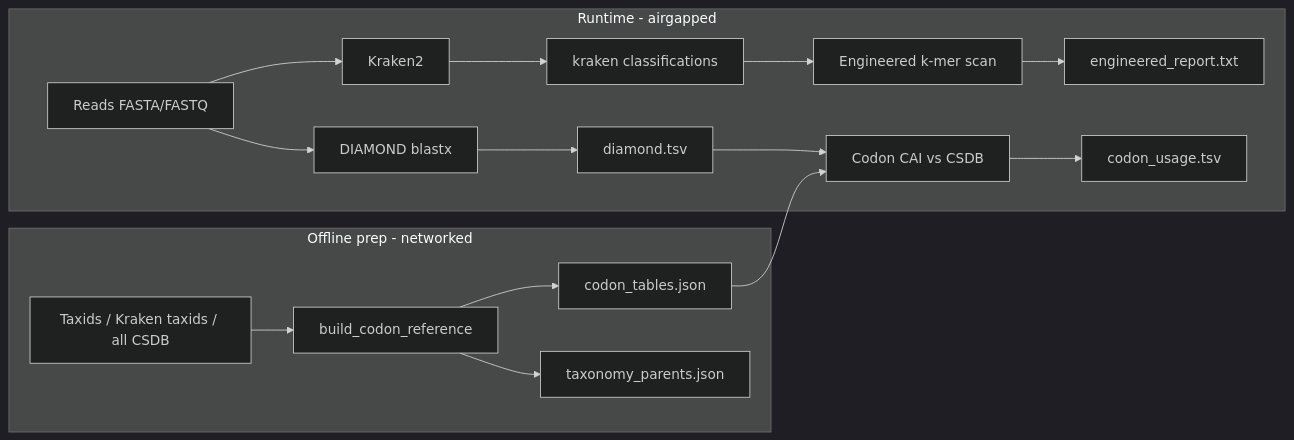
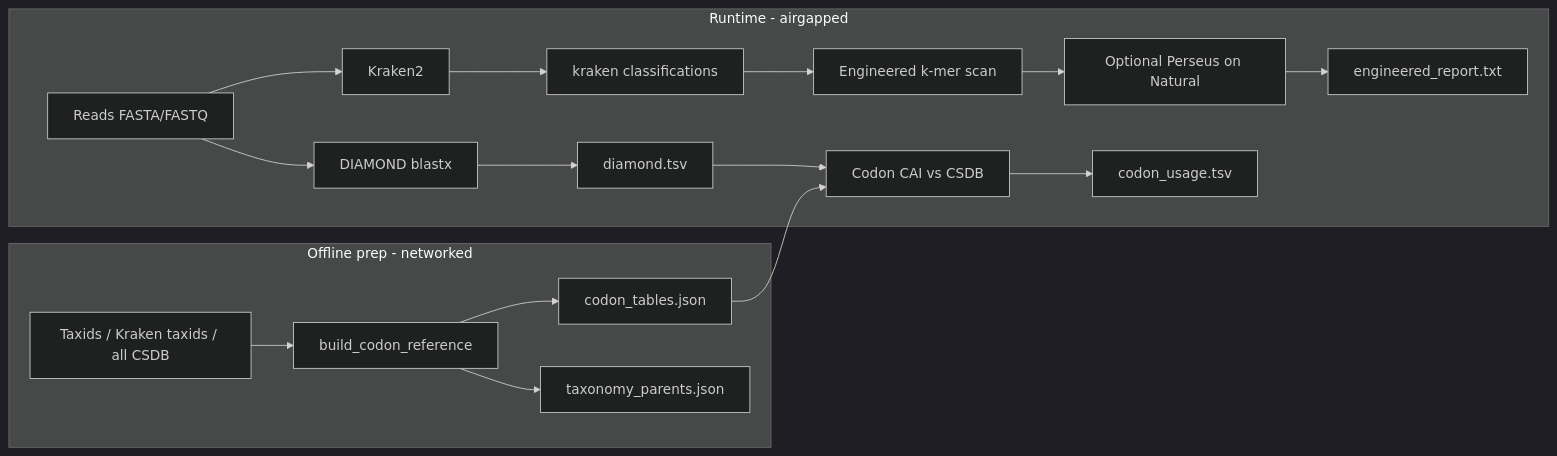
The diagram in docs/DESIGN.md (treangenlab/PlasmidScreen), drawn with Mermaid (dark theme) before and after one commit. The commit also changed other lines of this file and 8 other files, not shown here.

````diff
--- a/docs/DESIGN.md
+++ b/docs/DESIGN.md
@@ -7,19 +7,20 @@
 ```mermaid
 flowchart LR
   subgraph prep [Offline prep - networked]
     A[Taxids / Kraken taxids / all CSDB] --> B[build_codon_reference]
     B --> C[codon_tables.json]
     B --> D[taxonomy_parents.json]
   end
   subgraph runtime [Runtime - airgapped]
     E[Reads FASTA/FASTQ] --> F[Kraken2]
     F --> G[kraken classifications]
     G --> H[Engineered k-mer scan]
-    H --> I[engineered_report.txt]
+    H --> P[Optional Perseus on Natural]
+    P --> I[engineered_report.txt]
     E --> J[DIAMOND blastx]
     J --> K[diamond.tsv]
     K --> L[Codon CAI vs CSDB]
     C --> L
     L --> M[codon_usage.tsv]
   end
 ```
````
